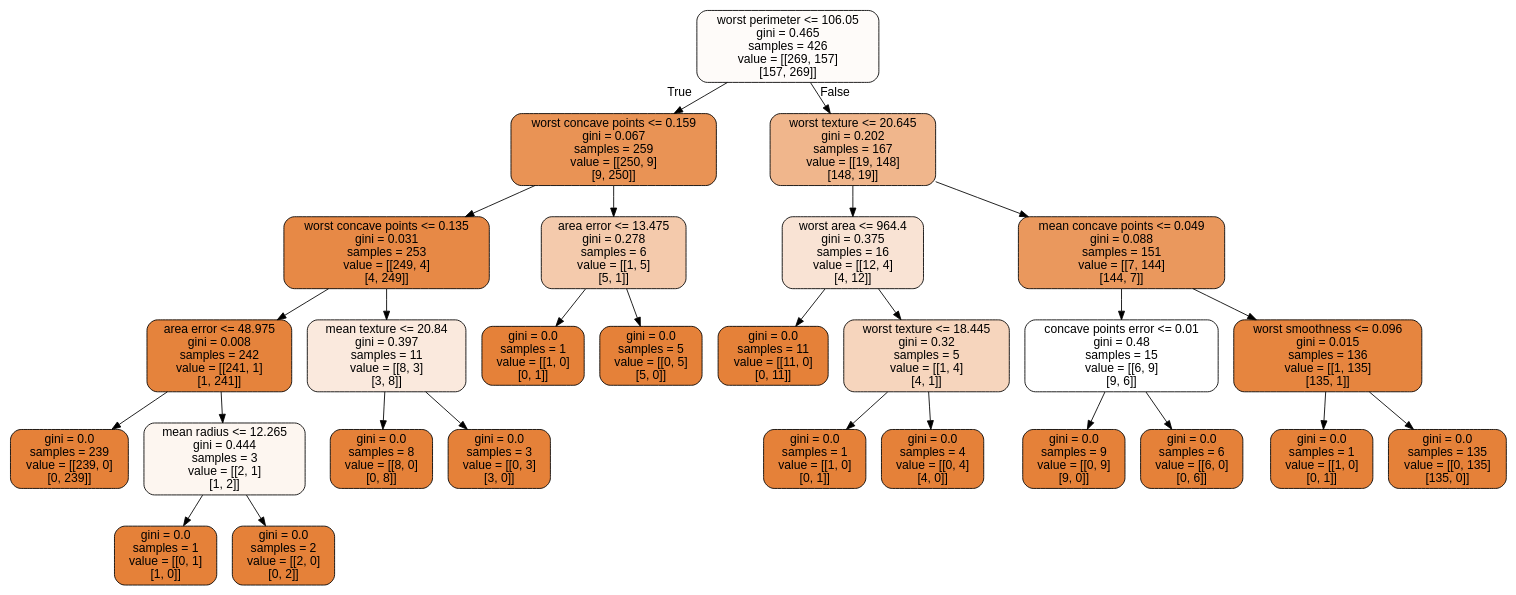
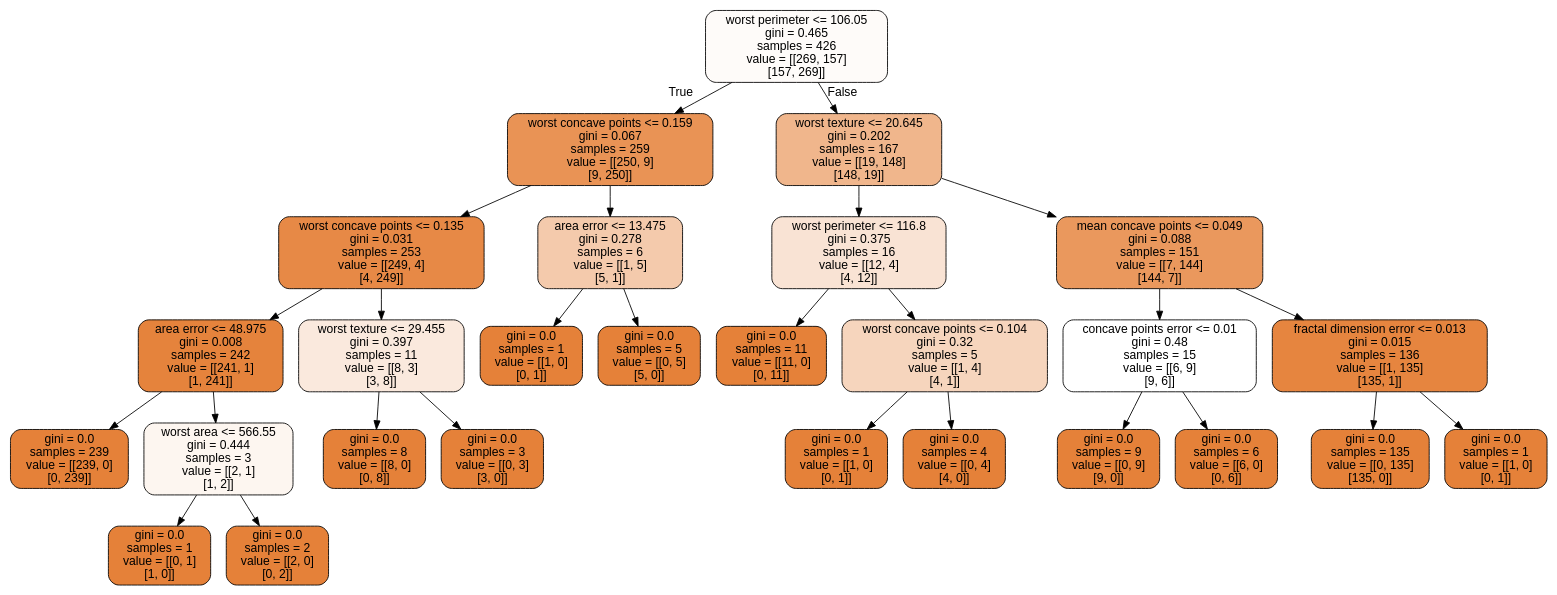
Before and after one commit to CompPhysics/MachineLearning: the diagram in doc/LectureNotes/DataFiles/cancer.dot, drawn with Graphviz. The commit also changed 39 other files, not shown here.

```diff
--- a/doc/LectureNotes/DataFiles/cancer.dot
+++ b/doc/LectureNotes/DataFiles/cancer.dot
@@ -1,57 +1,57 @@
 digraph Tree {
 node [shape=box, style="filled, rounded", color="black", fontname="helvetica"] ;
 edge [fontname="helvetica"] ;
 0 [label="worst perimeter <= 106.05\ngini = 0.465\nsamples = 426\nvalue = [[269, 157]\n[157, 269]]", fillcolor="#fefbf9"] ;
 1 [label="worst concave points <= 0.159\ngini = 0.067\nsamples = 259\nvalue = [[250, 9]\n[9, 250]]", fillcolor="#e99355"] ;
 0 -> 1 [labeldistance=2.5, labelangle=45, headlabel="True"] ;
 2 [label="worst concave points <= 0.135\ngini = 0.031\nsamples = 253\nvalue = [[249, 4]\n[4, 249]]", fillcolor="#e78946"] ;
 1 -> 2 ;
 3 [label="area error <= 48.975\ngini = 0.008\nsamples = 242\nvalue = [[241, 1]\n[1, 241]]", fillcolor="#e5833c"] ;
 2 -> 3 ;
 4 [label="gini = 0.0\nsamples = 239\nvalue = [[239, 0]\n[0, 239]]", fillcolor="#e58139"] ;
 3 -> 4 ;
-5 [label="mean radius <= 12.265\ngini = 0.444\nsamples = 3\nvalue = [[2, 1]\n[1, 2]]", fillcolor="#fdf6f0"] ;
+5 [label="worst area <= 566.55\ngini = 0.444\nsamples = 3\nvalue = [[2, 1]\n[1, 2]]", fillcolor="#fdf6f0"] ;
 3 -> 5 ;
 6 [label="gini = 0.0\nsamples = 1\nvalue = [[0, 1]\n[1, 0]]", fillcolor="#e58139"] ;
 5 -> 6 ;
 7 [label="gini = 0.0\nsamples = 2\nvalue = [[2, 0]\n[0, 2]]", fillcolor="#e58139"] ;
 5 -> 7 ;
-8 [label="mean texture <= 20.84\ngini = 0.397\nsamples = 11\nvalue = [[8, 3]\n[3, 8]]", fillcolor="#fae9dd"] ;
+8 [label="worst texture <= 29.455\ngini = 0.397\nsamples = 11\nvalue = [[8, 3]\n[3, 8]]", fillcolor="#fae9dd"] ;
 2 -> 8 ;
 9 [label="gini = 0.0\nsamples = 8\nvalue = [[8, 0]\n[0, 8]]", fillcolor="#e58139"] ;
 8 -> 9 ;
 10 [label="gini = 0.0\nsamples = 3\nvalue = [[0, 3]\n[3, 0]]", fillcolor="#e58139"] ;
 8 -> 10 ;
 11 [label="area error <= 13.475\ngini = 0.278\nsamples = 6\nvalue = [[1, 5]\n[5, 1]]", fillcolor="#f4caac"] ;
 1 -> 11 ;
 12 [label="gini = 0.0\nsamples = 1\nvalue = [[1, 0]\n[0, 1]]", fillcolor="#e58139"] ;
 11 -> 12 ;
 13 [label="gini = 0.0\nsamples = 5\nvalue = [[0, 5]\n[5, 0]]", fillcolor="#e58139"] ;
 11 -> 13 ;
 14 [label="worst texture <= 20.645\ngini = 0.202\nsamples = 167\nvalue = [[19, 148]\n[148, 19]]", fillcolor="#f0b68c"] ;
 0 -> 14 [labeldistance=2.5, labelangle=-45, headlabel="False"] ;
-15 [label="worst area <= 964.4\ngini = 0.375\nsamples = 16\nvalue = [[12, 4]\n[4, 12]]", fillcolor="#f9e3d4"] ;
+15 [label="worst perimeter <= 116.8\ngini = 0.375\nsamples = 16\nvalue = [[12, 4]\n[4, 12]]", fillcolor="#f9e3d4"] ;
 14 -> 15 ;
 16 [label="gini = 0.0\nsamples = 11\nvalue = [[11, 0]\n[0, 11]]", fillcolor="#e58139"] ;
 15 -> 16 ;
-17 [label="worst texture <= 18.445\ngini = 0.32\nsamples = 5\nvalue = [[1, 4]\n[4, 1]]", fillcolor="#f6d5bd"] ;
+17 [label="worst concave points <= 0.104\ngini = 0.32\nsamples = 5\nvalue = [[1, 4]\n[4, 1]]", fillcolor="#f6d5bd"] ;
 15 -> 17 ;
 18 [label="gini = 0.0\nsamples = 1\nvalue = [[1, 0]\n[0, 1]]", fillcolor="#e58139"] ;
 17 -> 18 ;
 19 [label="gini = 0.0\nsamples = 4\nvalue = [[0, 4]\n[4, 0]]", fillcolor="#e58139"] ;
 17 -> 19 ;
 20 [label="mean concave points <= 0.049\ngini = 0.088\nsamples = 151\nvalue = [[7, 144]\n[144, 7]]", fillcolor="#ea985d"] ;
 14 -> 20 ;
 21 [label="concave points error <= 0.01\ngini = 0.48\nsamples = 15\nvalue = [[6, 9]\n[9, 6]]", fillcolor="#ffffff"] ;
 20 -> 21 ;
 22 [label="gini = 0.0\nsamples = 9\nvalue = [[0, 9]\n[9, 0]]", fillcolor="#e58139"] ;
 21 -> 22 ;
 23 [label="gini = 0.0\nsamples = 6\nvalue = [[6, 0]\n[0, 6]]", fillcolor="#e58139"] ;
 21 -> 23 ;
-24 [label="worst smoothness <= 0.096\ngini = 0.015\nsamples = 136\nvalue = [[1, 135]\n[135, 1]]", fillcolor="#e6853f"] ;
+24 [label="fractal dimension error <= 0.013\ngini = 0.015\nsamples = 136\nvalue = [[1, 135]\n[135, 1]]", fillcolor="#e6853f"] ;
 20 -> 24 ;
-25 [label="gini = 0.0\nsamples = 1\nvalue = [[1, 0]\n[0, 1]]", fillcolor="#e58139"] ;
+25 [label="gini = 0.0\nsamples = 135\nvalue = [[0, 135]\n[135, 0]]", fillcolor="#e58139"] ;
 24 -> 25 ;
-26 [label="gini = 0.0\nsamples = 135\nvalue = [[0, 135]\n[135, 0]]", fillcolor="#e58139"] ;
+26 [label="gini = 0.0\nsamples = 1\nvalue = [[1, 0]\n[0, 1]]", fillcolor="#e58139"] ;
 24 -> 26 ;
 }
```
